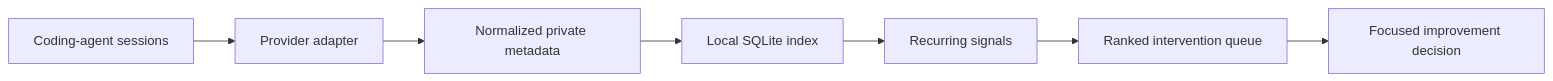
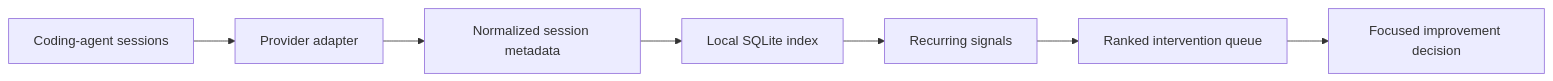
The diagram in README.md (coadan/muninn), drawn with Mermaid before and after one commit. The commit also changed other lines of this file, not shown here.

````diff
--- a/README.md
+++ b/README.md
@@ -50,9 +48,9 @@
 ```mermaid
 flowchart LR
     S["Coding-agent sessions"] --> A["Provider adapter"]
-    A --> N["Normalized private metadata"]
+    A --> N["Normalized session metadata"]
     N --> I["Local SQLite index"]
     I --> F["Recurring signals"]
     F --> Q["Ranked intervention queue"]
     Q --> C["Focused improvement decision"]
 ```
````
